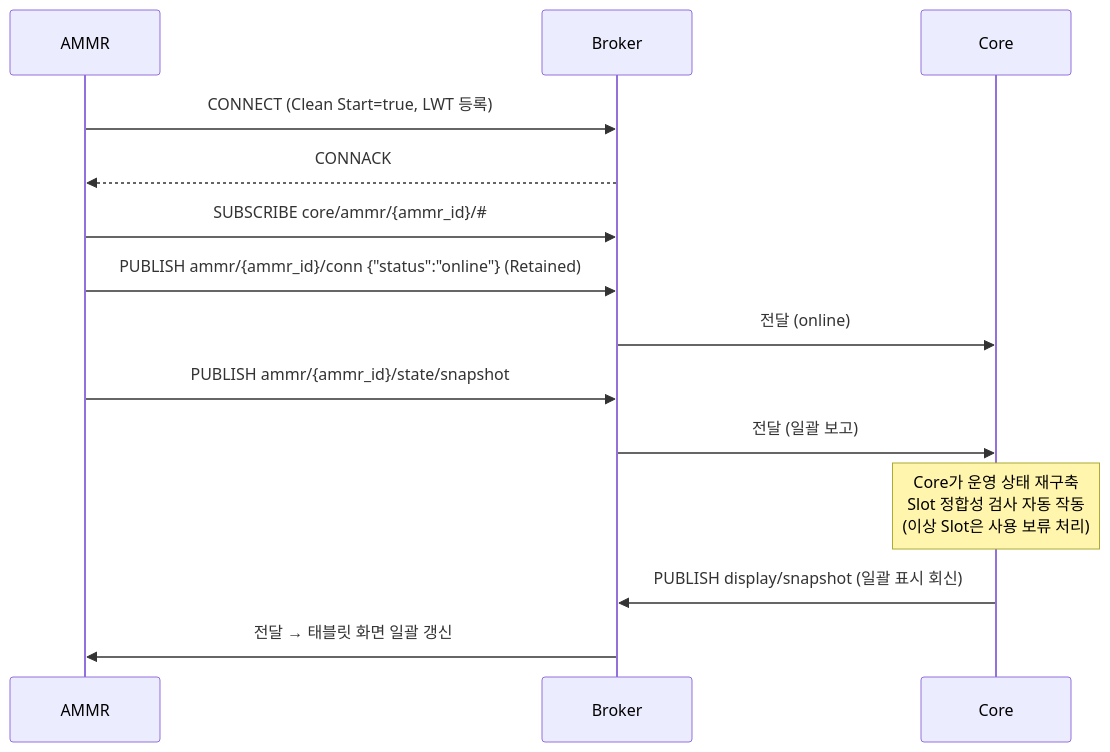
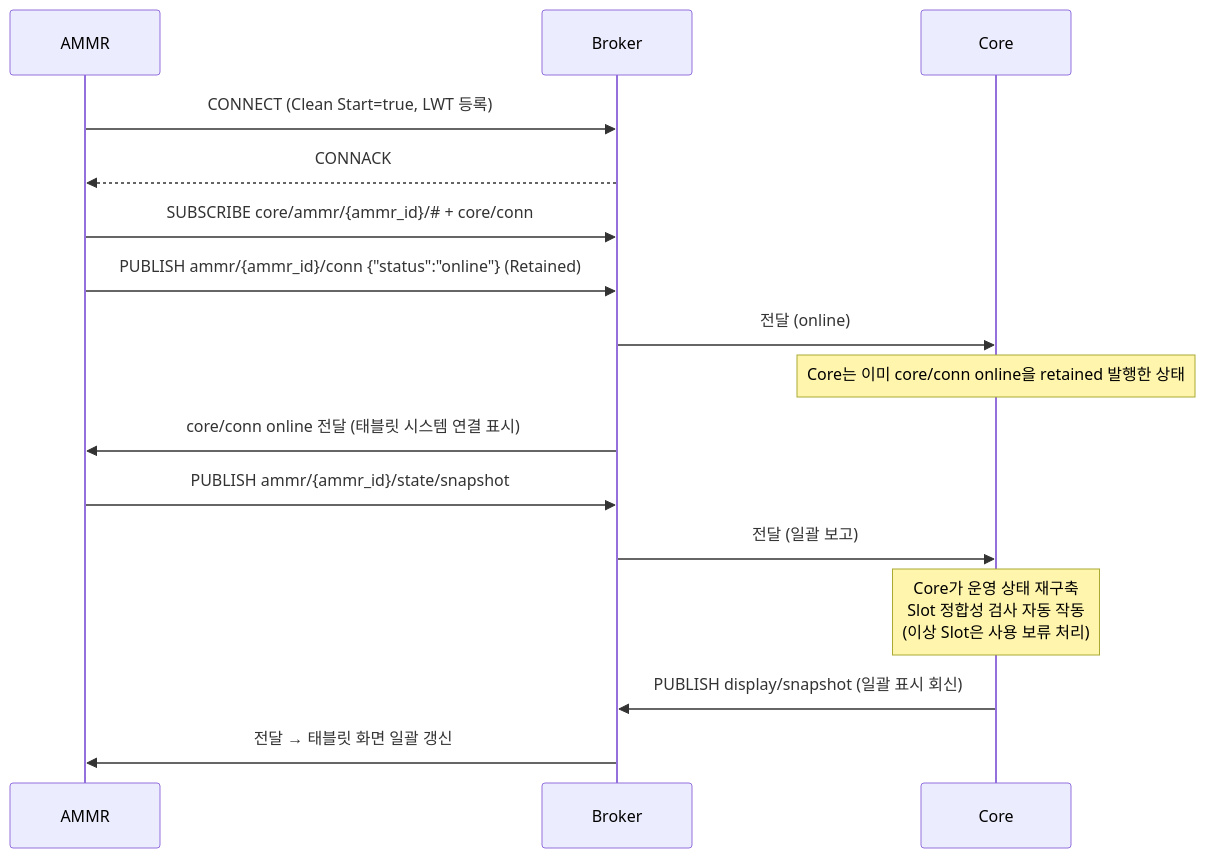
Before and after one commit to kimminsu0315/Core-Docs: the sixth of 13 diagrams in docs/out/Core_ICD_AMMR.md, drawn with Mermaid. The commit also changed other lines of this file and 5 other files, not shown here.

````diff
--- a/docs/out/Core_ICD_AMMR.md
+++ b/docs/out/Core_ICD_AMMR.md
@@ -1037,17 +1011,19 @@
 ```mermaid
 sequenceDiagram
     participant A as AMMR
     participant B as Broker
     participant C as Core
 
     A->>B: CONNECT (Clean Start=true, LWT 등록)
     B-->>A: CONNACK
-    A->>B: SUBSCRIBE core/ammr/{ammr_id}/#35;
+    A->>B: SUBSCRIBE core/ammr/{ammr_id}/#35; + core/conn
     A->>B: PUBLISH ammr/{ammr_id}/conn {"status":"online"} (Retained)
     B->>C: 전달 (online)
+    Note over C: Core는 이미 core/conn online을 retained 발행한 상태
+    B->>A: core/conn online 전달 (태블릿 시스템 연결 표시)
     A->>B: PUBLISH ammr/{ammr_id}/state/snapshot
     B->>C: 전달 (일괄 보고)
     Note over C: Core가 운영 상태 재구축<br/>Slot 정합성 검사 자동 작동<br/>(이상 Slot은 사용 보류 처리)
     C->>B: PUBLISH display/snapshot (일괄 표시 회신)
     B->>A: 전달 → 태블릿 화면 일괄 갱신
 ```
````
